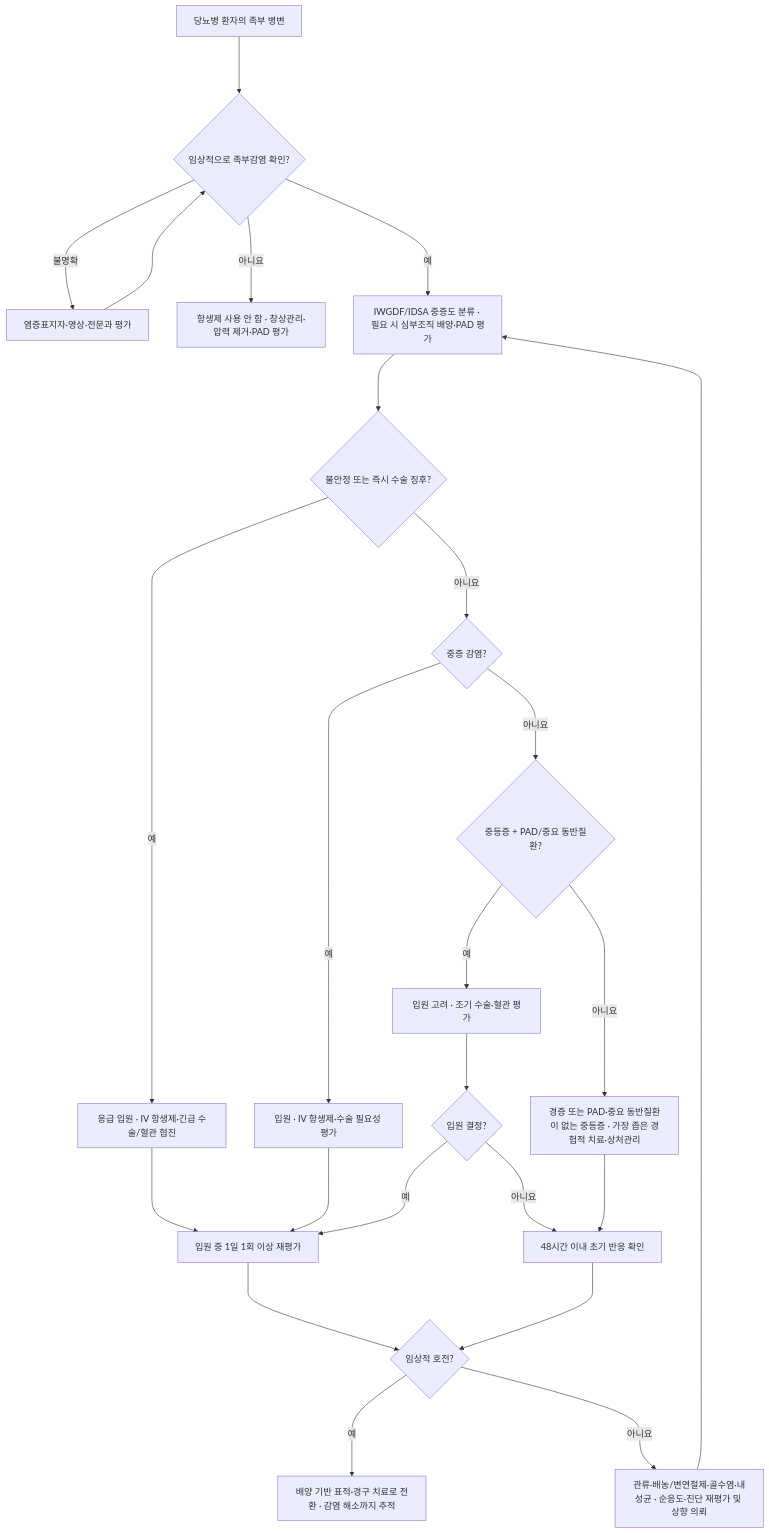
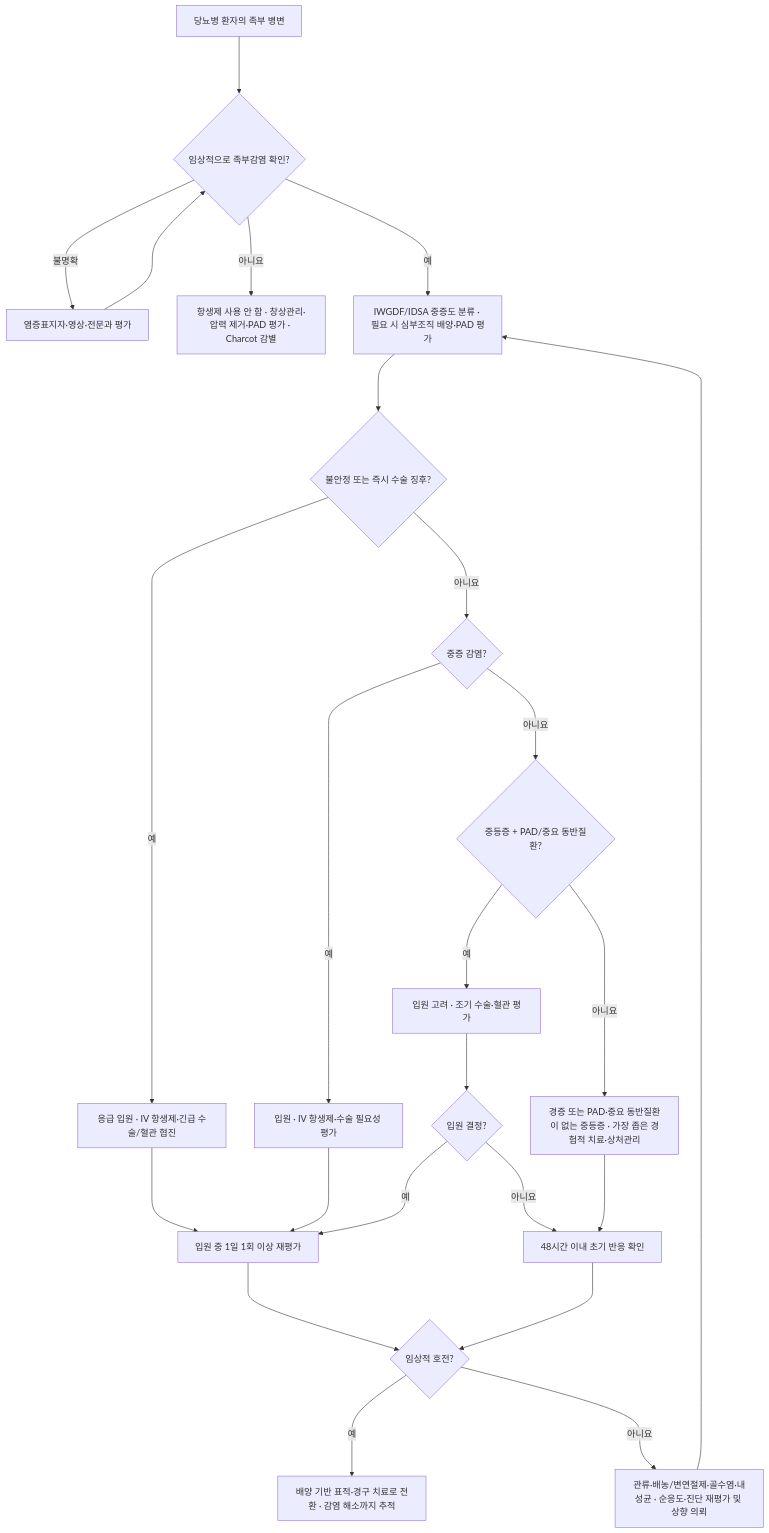
The diagram in 229_/171_-diabetic-foot-infection.md (familyoh77/familyoh77), drawn with Mermaid before and after one commit. The commit also changed other lines of this file and 2 other files, not shown here.

````diff
--- a/229_/171_-diabetic-foot-infection.md
+++ b/229_/171_-diabetic-foot-infection.md
@@ -104,26 +133,26 @@
 ```mermaid
 flowchart TB
     A["당뇨병 환자의 족부 병변"] ---> B{"임상적으로 족부감염 확인?"}
     B -- "불명확" ---> R["염증표지자·영상·전문과 평가"]
     R ---> B
-    B -- "아니요" ---> C["항생제 사용 안 함 · 창상관리·압력 제거·PAD 평가"]
+    B -- "아니요" ---> C["항생제 사용 안 함 · 창상관리·압력 제거·PAD 평가 · Charcot 감별"]
     B -- "예" ---> D["IWGDF/IDSA 중증도 분류 · 필요 시 심부조직 배양·PAD 평가"]
     D ---> E{"불안정 또는 즉시 수술 징후?"}
     E -- "예" ---> F["응급 입원 · IV 항생제·긴급 수술/혈관 협진"]
     E -- "아니요" ---> O{"중증 감염?"}
     O -- "예" ---> P["입원 · IV 항생제·수술 필요성 평가"]
     O -- "아니요" ---> G{"중등증 + PAD/중요 동반질환?"}
     G -- "예" ---> H["입원 고려 · 조기 수술·혈관 평가"]
     G -- "아니요" ---> I["경증 또는 PAD·중요 동반질환이 없는 중등증 · 가장 좁은 경험적 치료·상처관리"]
     F ---> J["입원 중 1일 1회 이상 재평가"]
     P ---> J
     H ---> Q{"입원 결정?"}
     Q -- "예" ---> J
     Q -- "아니요" ---> K
     I ---> K["48시간 이내 초기 반응 확인"]
     J ---> L{"임상적 호전?"}
     K ---> L
     L -- "예" ---> M["배양 기반 표적·경구 치료로 전환 · 감염 해소까지 추적"]
     L -- "아니요" ---> N["관류·배농/변연절제·골수염·내성균 · 순응도·진단 재평가 및 상향 의뢰"]
     N ---> D
 ```
````
